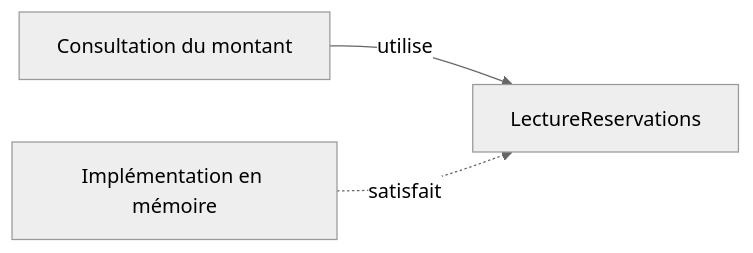
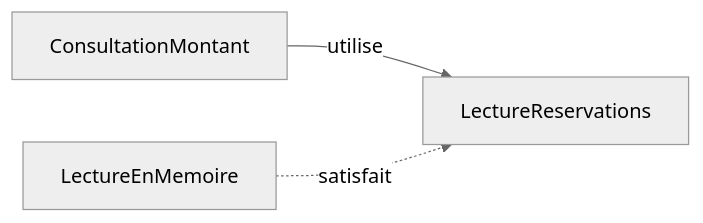
Before and after one commit to theopaolo/dev-carnet: the diagram in src/cours/poo-patterns-frameworks/01-solid.md, drawn with Mermaid (neutral theme). The commit also changed other lines of this file and 8 other files, not shown here.

Commit message:
refactoriser les code en classe ts

````diff
--- a/src/cours/poo-patterns-frameworks/01-solid.md
+++ b/src/cours/poo-patterns-frameworks/01-solid.md
@@ -507,7 +643,7 @@
 ```mermaid
 flowchart LR
   accTitle: Le métier et le stockage dépendent du contrat de lecture
-  accDescr: La consultation du montant utilise LectureReservations. L'implémentation en mémoire satisfait ce contrat. Le code métier ne dépend pas de la Map qui contient les données.
-  Metier["Consultation du montant"] -->|utilise| Contrat["LectureReservations"]
-  Memoire["Implémentation en mémoire"] -.->|satisfait| Contrat
+  accDescr: ConsultationMontant utilise LectureReservations. LectureEnMemoire satisfait ce contrat. Le code métier ne dépend pas de la Map qui contient les données.
+  Metier["ConsultationMontant"] -->|utilise| Contrat["LectureReservations"]
+  Memoire["LectureEnMemoire"] -.->|satisfait| Contrat
 ```
````
